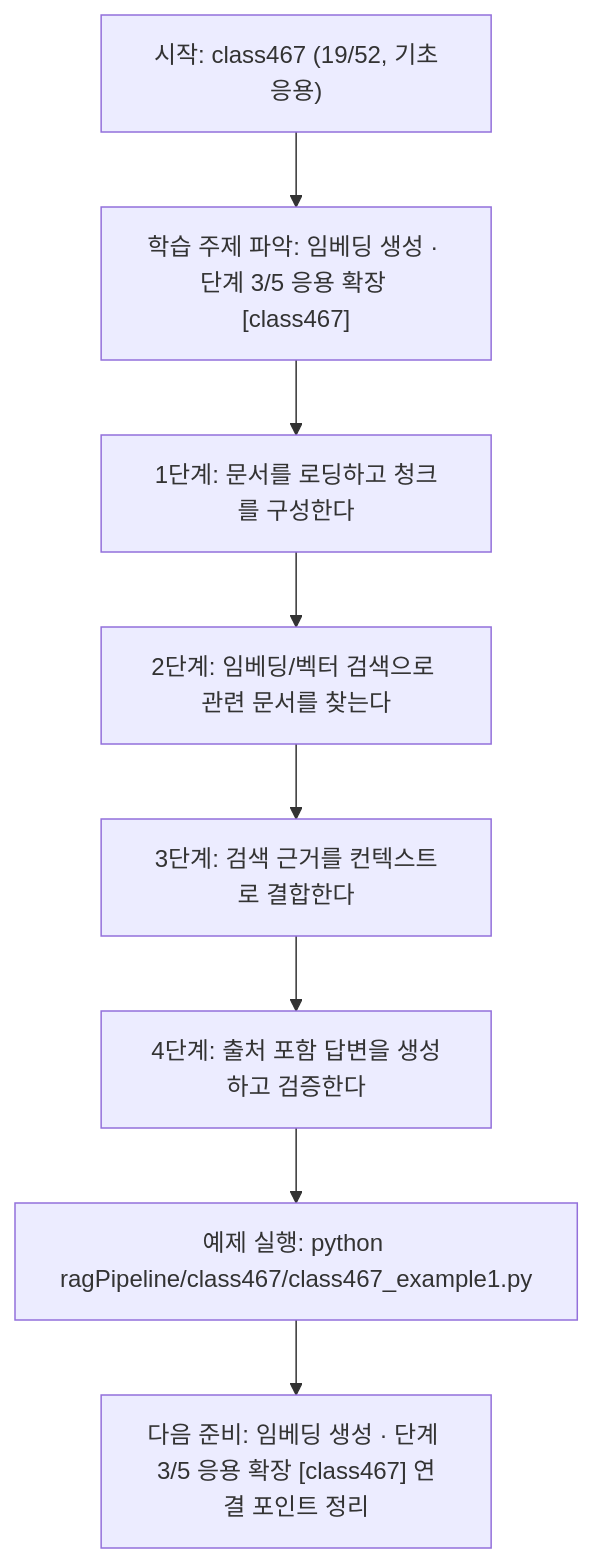
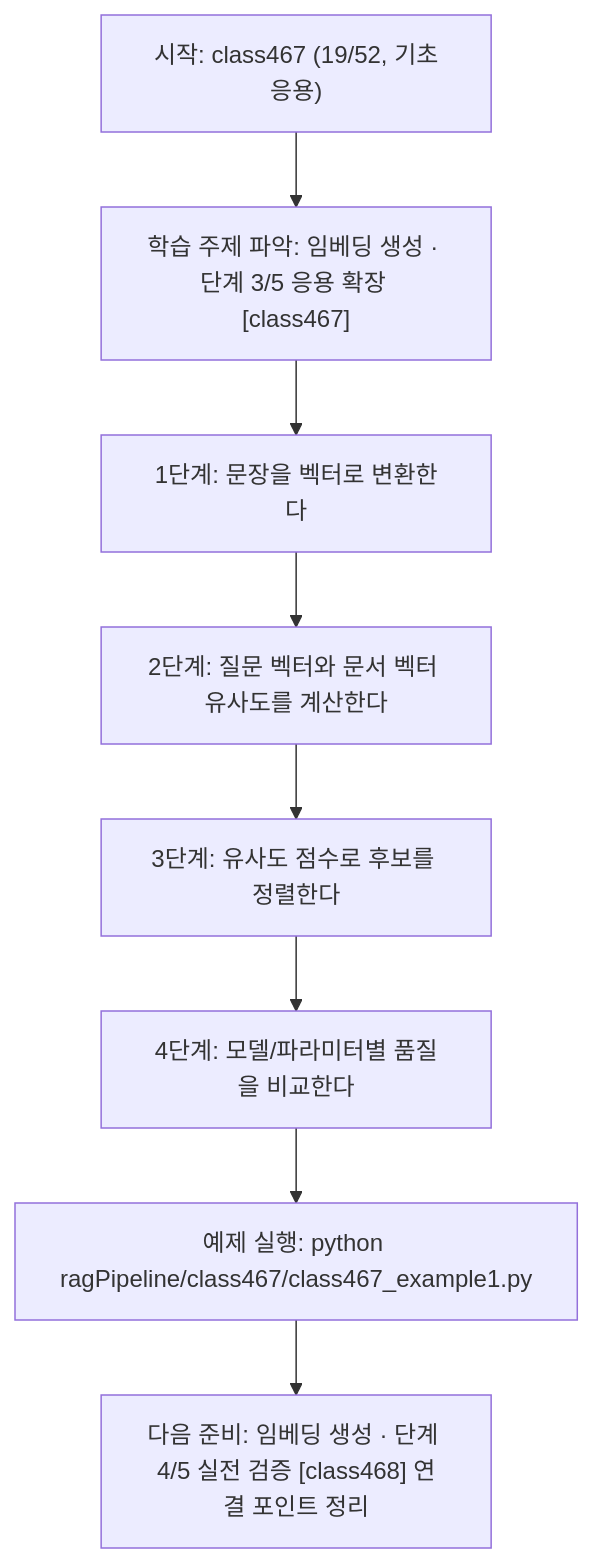
One commit to edumgt/Python-AI_Agent-Class changed the diagram in ragPipeline/class467/class467.md. Above: the diagram before and after it, drawn with Mermaid. The commit also changed other lines of this file and 367 other files, not shown here.

````diff
--- a/ragPipeline/class467/class467.md
+++ b/ragPipeline/class467/class467.md
@@ -110,18 +92,18 @@
 ```mermaid
 flowchart TD
 N1["시작: class467 (19/52, 기초응용)"]
 N2["학습 주제 파악: 임베딩 생성 · 단계 3/5 응용 확장 [class467]"]
-N3["1단계: 문서를 로딩하고 청크를 구성한다"]
-N4["2단계: 임베딩/벡터 검색으로 관련 문서를 찾는다"]
-N5["3단계: 검색 근거를 컨텍스트로 결합한다"]
-N6["4단계: 출처 포함 답변을 생성하고 검증한다"]
+N3["1단계: 문장을 벡터로 변환한다"]
+N4["2단계: 질문 벡터와 문서 벡터 유사도를 계산한다"]
+N5["3단계: 유사도 점수로 후보를 정렬한다"]
+N6["4단계: 모델/파라미터별 품질을 비교한다"]
 N7["예제 실행: python ragPipeline/class467/class467_example1.py"]
-N8["다음 준비: 임베딩 생성 · 단계 3/5 응용 확장 [class467] 연결 포인트 정리"]
+N8["다음 준비: 임베딩 생성 · 단계 4/5 실전 검증 [class468] 연결 포인트 정리"]
 N1 --> N2
 N2 --> N3
 N3 --> N4
 N4 --> N5
 N5 --> N6
 N6 --> N7
 N7 --> N8
 ```
````
